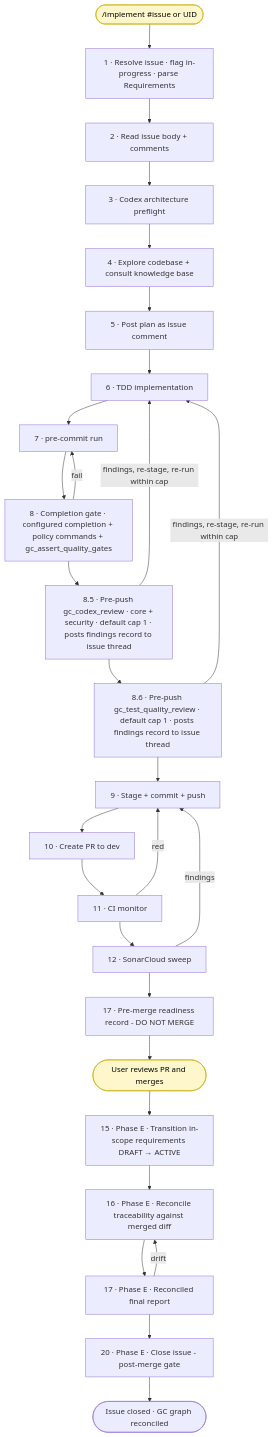
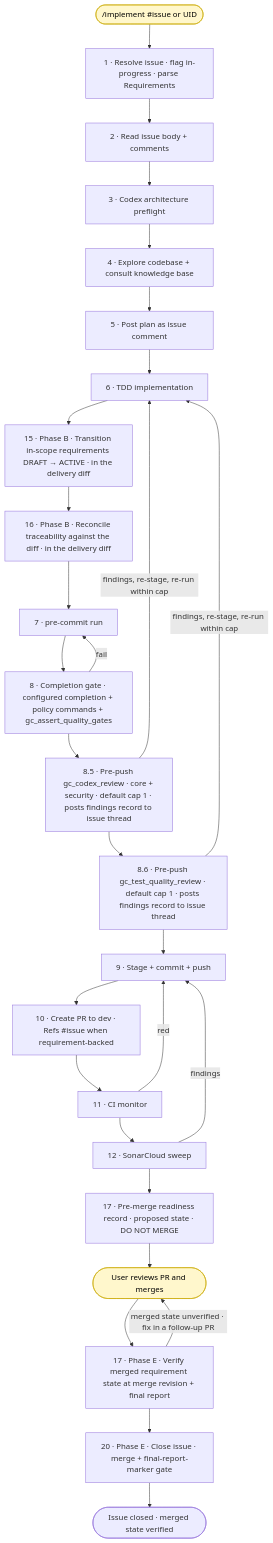
One commit to Brad-Edwards/Ground-Control changed the diagram in docs/DEVELOPMENT_WORKFLOW.md. Above: the diagram before and after it, drawn with Mermaid. The commit also changed other lines of this file and 30 other files, not shown here.

Commit message:
fix(implement): verify merged requirement state before completion

````diff
--- a/docs/DEVELOPMENT_WORKFLOW.md
+++ b/docs/DEVELOPMENT_WORKFLOW.md
@@ -151,57 +151,57 @@
 ```mermaid
 flowchart TB
   Start([/implement #issue or UID])
   S1[1 · Resolve issue · flag in-progress · parse Requirements]
   S2[2 · Read issue body + comments]
   S3[3 · Codex architecture preflight]
   S4[4 · Explore codebase + consult knowledge base]
   S5[5 · Post plan as issue comment]
   S6[6 · TDD implementation]
+  S15[15 · Phase B · Transition in-scope requirements DRAFT → ACTIVE · in the delivery diff]
+  S16[16 · Phase B · Reconcile traceability against the diff · in the delivery diff]
   S7[7 · pre-commit run]
   S8[8 · Completion gate · configured completion + policy commands + gc_assert_quality_gates]
   S8b[8.5 · Pre-push gc_codex_review · core + security · default cap 1 · posts findings record to issue thread]
   S8c[8.6 · Pre-push gc_test_quality_review · default cap 1 · posts findings record to issue thread]
   S9[9 · Stage + commit + push]
-  S10[10 · Create PR to dev]
+  S10[10 · Create PR to dev · Refs #issue when requirement-backed]
   S11[11 · CI monitor]
   S12[12 · SonarCloud sweep]
-  S17r[17 · Pre-merge readiness record - DO NOT MERGE]
+  S17r[17 · Pre-merge readiness record · proposed state · DO NOT MERGE]
   End([User reviews PR and merges])
-  S15[15 · Phase E · Transition in-scope requirements DRAFT → ACTIVE]
-  S16[16 · Phase E · Reconcile traceability against merged diff]
-  S17d[17 · Phase E · Reconciled final report]
-  S20[20 · Phase E · Close issue - post-merge gate]
-  Done([Issue closed · GC graph reconciled])
+  S17d[17 · Phase E · Verify merged requirement state at merge revision + final report]
+  S20[20 · Phase E · Close issue · merge + final-report-marker gate]
+  Done([Issue closed · merged state verified])
 
   Start --> S1
   S1 --> S2
   S2 --> S3
   S3 --> S4
   S4 --> S5
   S5 --> S6
-  S6 --> S7
+  S6 --> S15
+  S15 --> S16
+  S16 --> S7
   S7 --> S8
   S8 --> S8b
   S8b --> S8c
   S8c --> S9
   S9 --> S10
   S10 --> S11
   S11 --> S12
   S12 --> S17r
   S17r --> End
-  End --> S15
-  S15 --> S16
-  S16 --> S17d
+  End --> S17d
   S17d --> S20
   S20 --> Done
 
   S8 -->|fail| S7
   S8b -->|findings, re-stage, re-run within cap| S6
   S8c -->|findings, re-stage, re-run within cap| S6
   S11 -->|red| S9
   S12 -->|findings| S9
-  S17d -->|drift| S16
+  S17d -->|merged state unverified · fix in a follow-up PR| End
 
   classDef user fill:#fff7cc,stroke:#c9a900,color:#000
   class Start,End user
 ```
````
